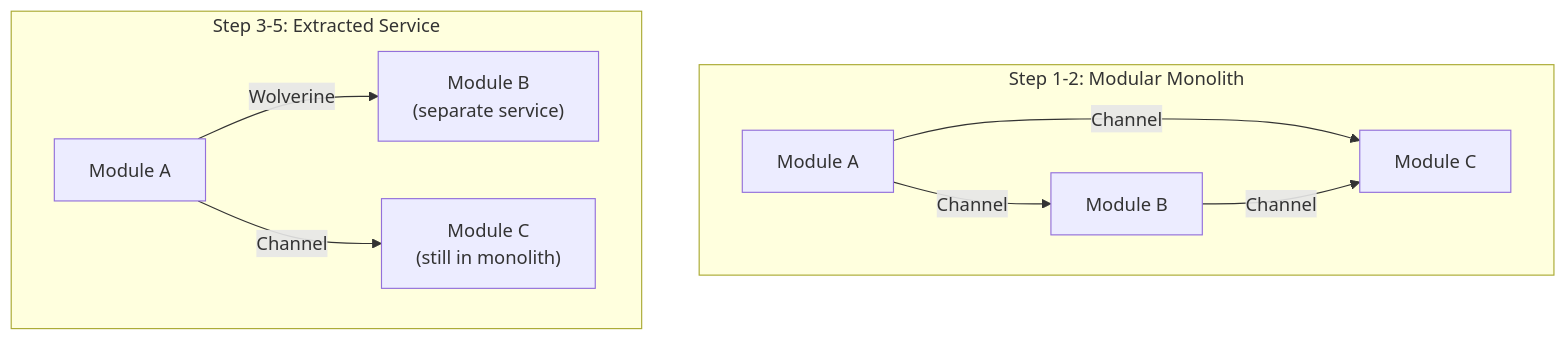
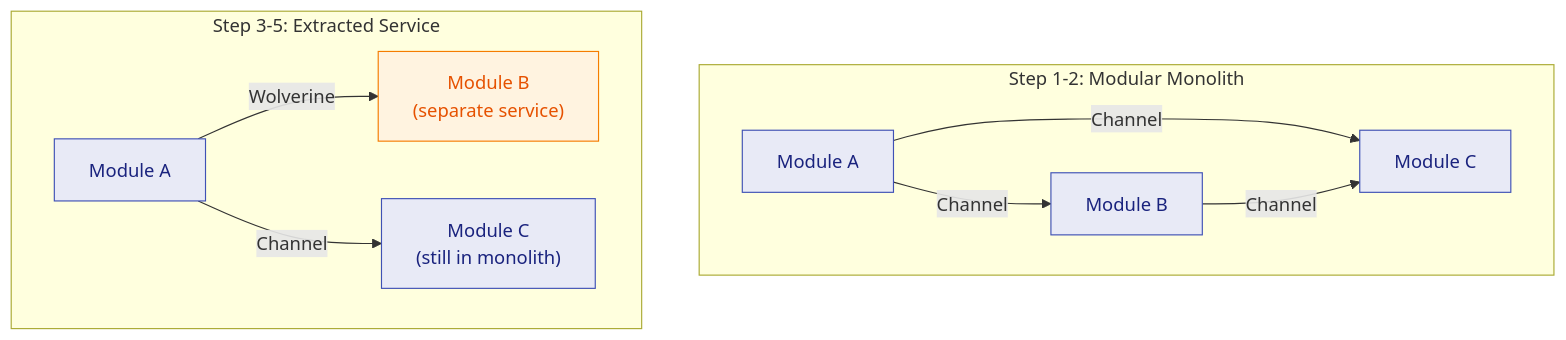
One commit to enraiz/granit-dotnet changed the second of 2 diagrams in docs-site/src/content/docs/concepts/modular-monolith-vs-microservices.mdx. Above: the diagram before and after it, drawn with Mermaid. The commit also changed other lines of this file and 10 other files, not shown here.

First line of the commit message:
docs: add tech stack page, fix Mermaid readability, improve SEO

````diff
--- a/docs-site/src/content/docs/concepts/modular-monolith-vs-microservices.mdx
+++ b/docs-site/src/content/docs/concepts/modular-monolith-vs-microservices.mdx
@@ -124,14 +124,21 @@
 ```mermaid
 graph TB
     subgraph "Step 1-2: Modular Monolith"
         M1["Module A"] -->|Channel| M2["Module B"]
         M1 -->|Channel| M3["Module C"]
         M2 -->|Channel| M3
     end
 
     subgraph "Step 3-5: Extracted Service"
         N1["Module A"] -->|Wolverine| N2["Module B"]
         N1 -->|Channel| N3["Module C<br/>(still in monolith)"]
         N2["Module B<br/>(separate service)"]
     end
+
+    style M1 fill:#e8eaf6,stroke:#3f51b5,color:#1a237e
+    style M2 fill:#e8eaf6,stroke:#3f51b5,color:#1a237e
+    style M3 fill:#e8eaf6,stroke:#3f51b5,color:#1a237e
+    style N1 fill:#e8eaf6,stroke:#3f51b5,color:#1a237e
+    style N2 fill:#fff3e0,stroke:#f57c00,color:#e65100
+    style N3 fill:#e8eaf6,stroke:#3f51b5,color:#1a237e
 ```
````
